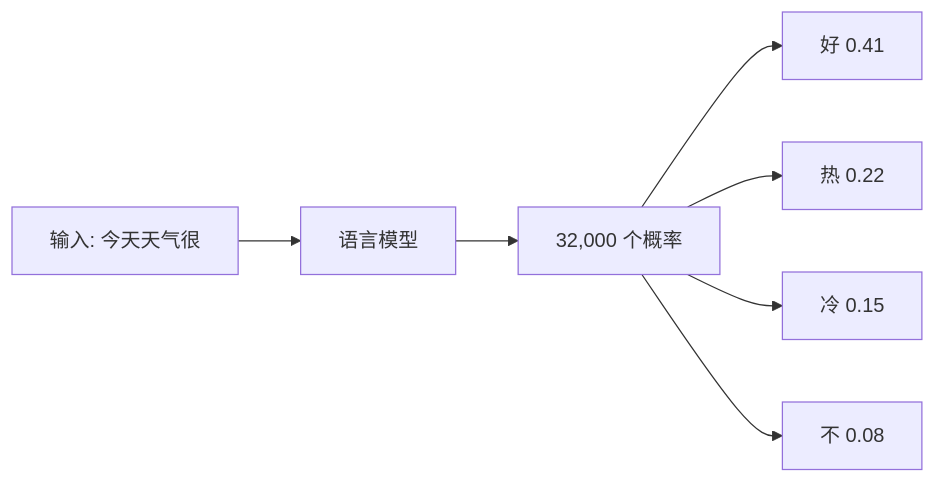
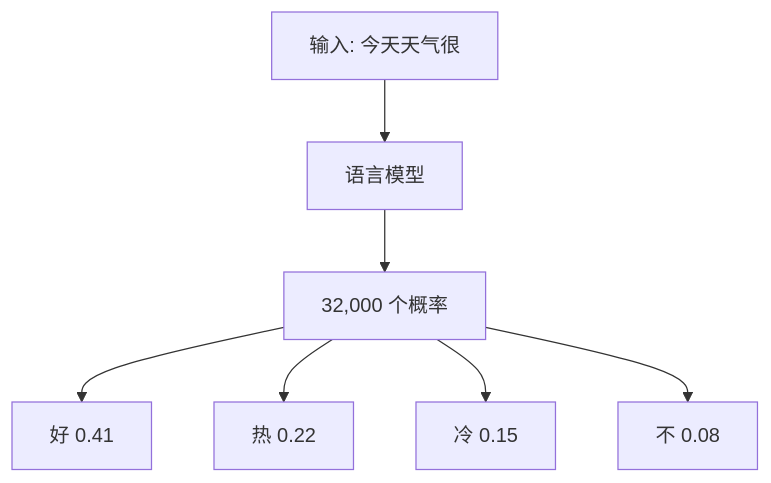
Before and after one commit to ChiChasesCheese/trellis: the diagram in vault/domains/llm-inference/cards/basics/li-basics-language-model-next-token-probabilities.md, drawn with Mermaid. The commit also changed 27 other files, not shown here.

First line of the commit message:
Cerebras HM prep: phone-sized diagrams and two corrected facts in the 100 cards for the hiring-manager round

````diff
--- a/vault/domains/llm-inference/cards/basics/li-basics-language-model-next-token-probabilities.md
+++ b/vault/domains/llm-inference/cards/basics/li-basics-language-model-next-token-probabilities.md
@@ -23,9 +23,9 @@
 ```mermaid
-flowchart LR
+flowchart TD
     A["输入: 今天天气很"] --> M["语言模型"]
     M --> P["32,000 个概率"]
     P --> P1["好 0.41"]
     P --> P2["热 0.22"]
     P --> P3["冷 0.15"]
     P --> P4["不 0.08"]
 ```
````
